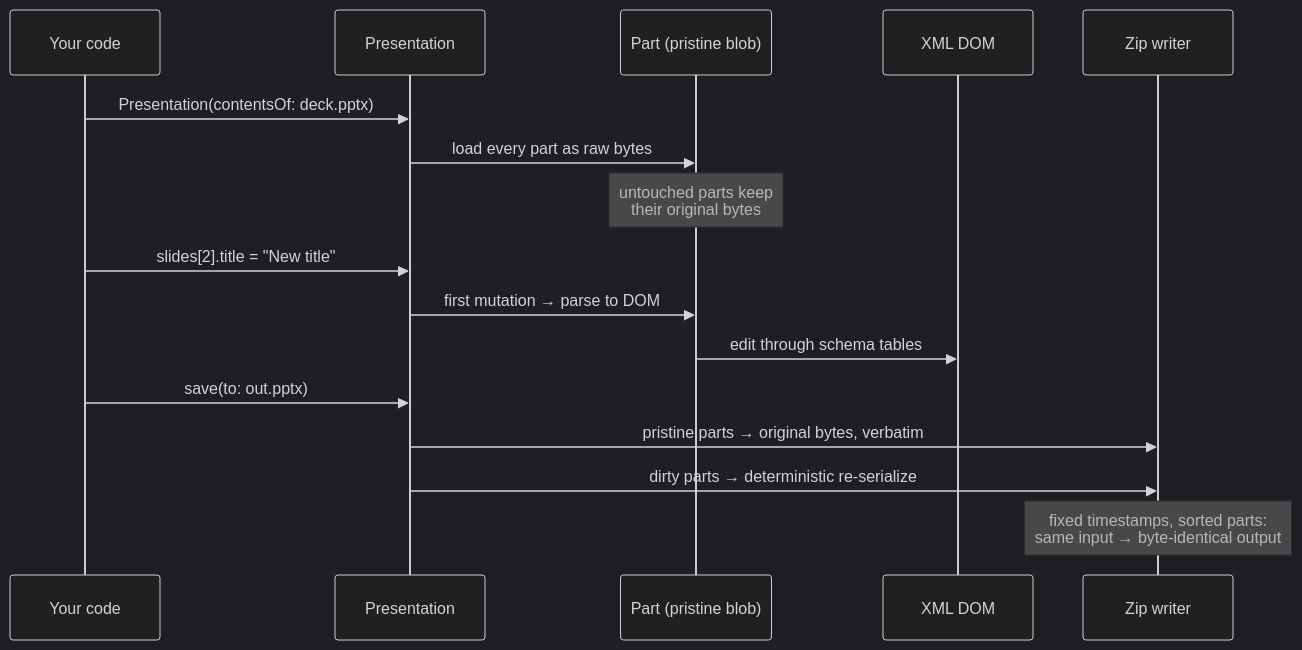
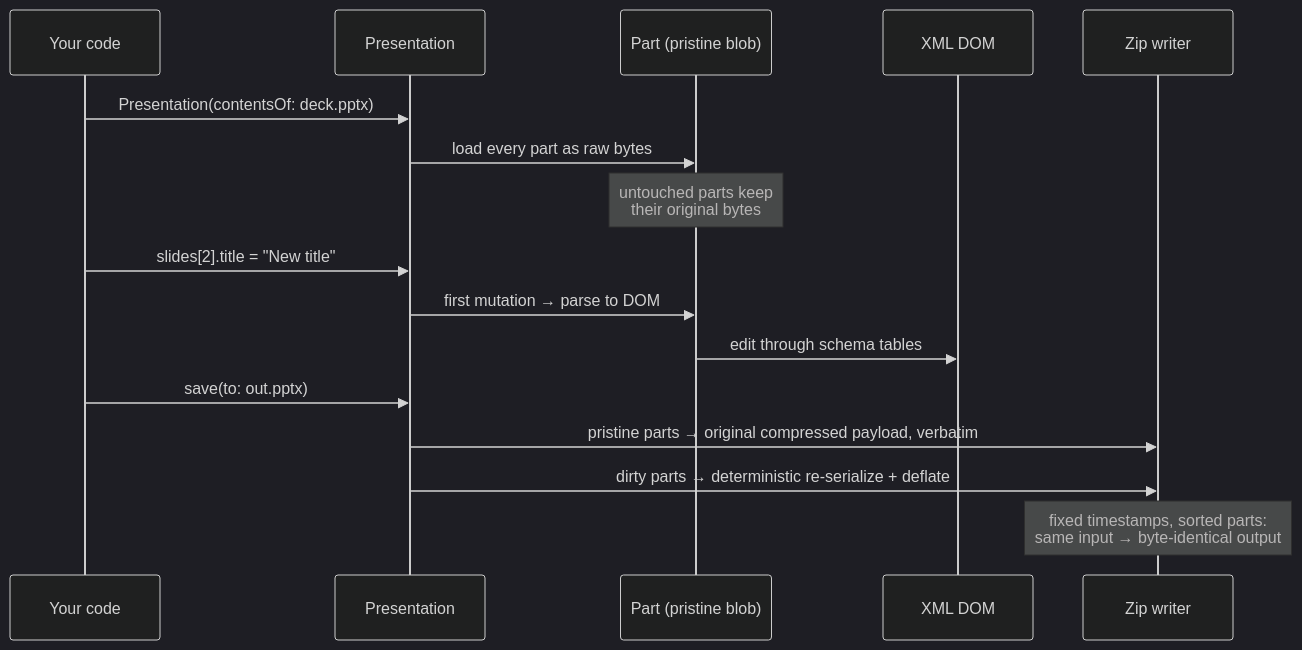
One commit to welshofer/rostrum changed the second of 2 diagrams in README.md. Above: the diagram before and after it, drawn with Mermaid (dark theme). The commit also changed other lines of this file and 10 other files, not shown here.

````diff
--- a/README.md
+++ b/README.md
@@ -310,19 +310,19 @@
 ```mermaid
 sequenceDiagram
     participant U as Your code
     participant P as Presentation
     participant Part as Part (pristine blob)
     participant DOM as XML DOM
     participant Zip as Zip writer
 
     U->>P: Presentation(contentsOf: deck.pptx)
     P->>Part: load every part as raw bytes
     Note over Part: untouched parts keep<br/>their original bytes
     U->>P: slides[2].title = "New title"
     P->>Part: first mutation → parse to DOM
     Part->>DOM: edit through schema tables
     U->>P: save(to: out.pptx)
-    P->>Zip: pristine parts → original bytes, verbatim
-    P->>Zip: dirty parts → deterministic re-serialize
+    P->>Zip: pristine parts → original compressed payload, verbatim
+    P->>Zip: dirty parts → deterministic re-serialize + deflate
     Note over Zip: fixed timestamps, sorted parts:<br/>same input → byte-identical output
 ```
````
